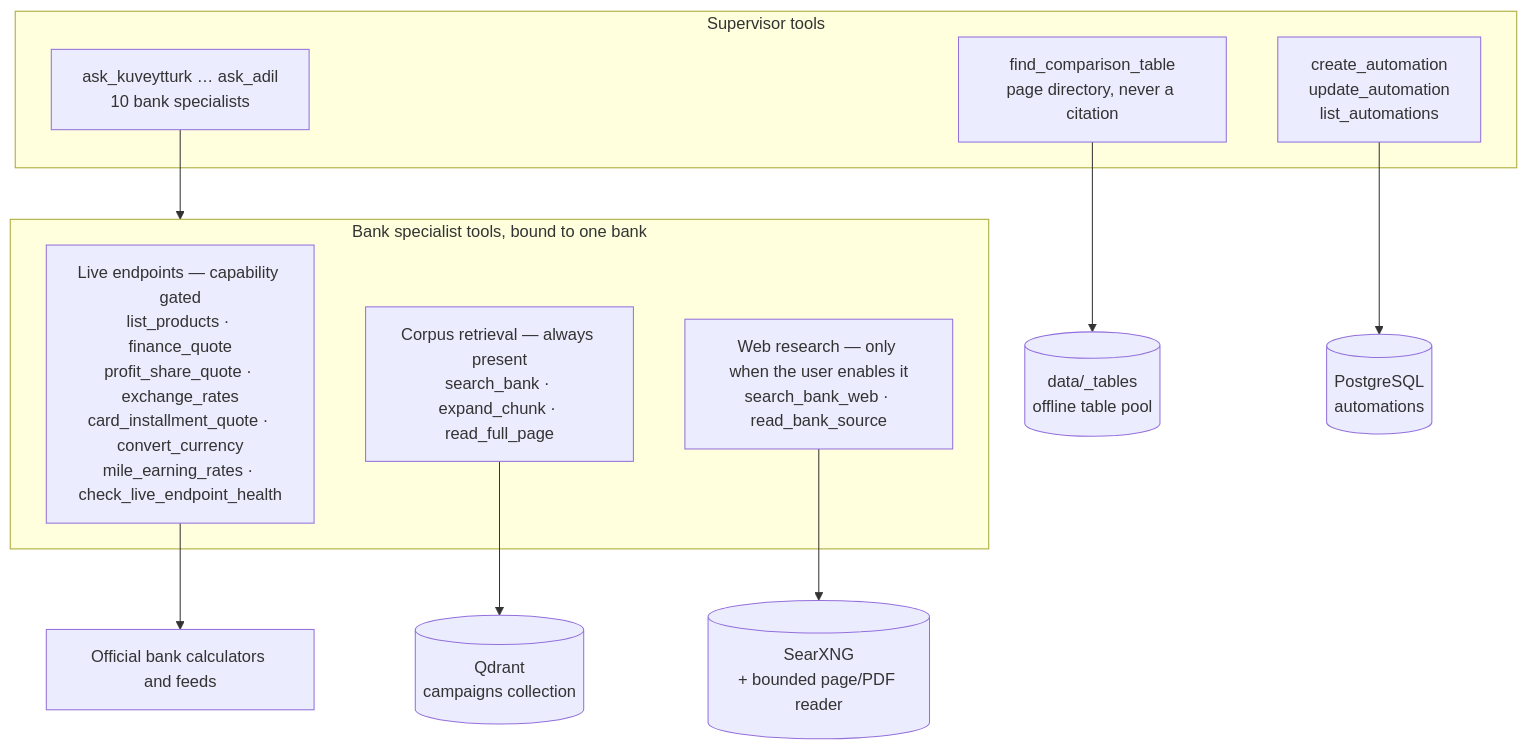
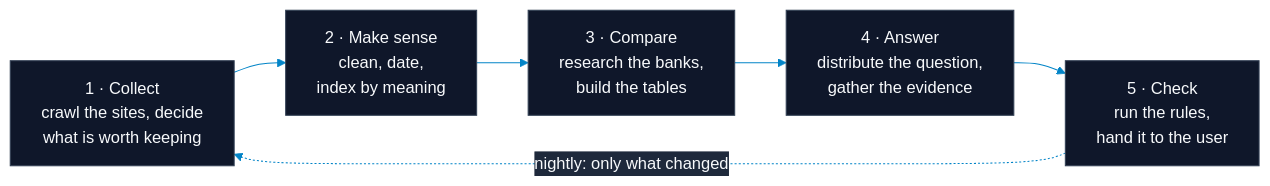
One commit to Abdurrahman-Wahdan/TEKNOFEST2026-Yapay-Zeka-Dil-Ajanlari-Yarismasi-KERMITS changed the eighth of 14 diagrams in README.md. Above: the diagram before and after it, drawn with Mermaid. The commit also changed other lines of this file, not shown here.

````diff
--- a/README.md
+++ b/README.md
@@ -216,20 +598,9 @@
 ```mermaid
-flowchart TB
-    subgraph SupTools[Supervisor tools]
-        A1["ask_kuveytturk … ask_adil<br/>10 bank specialists"]
-        A2["find_comparison_table<br/>page directory, never a citation"]
-        A3["create_automation<br/>update_automation<br/>list_automations"]
-    end
-    subgraph SpecTools[Bank specialist tools, bound to one bank]
-        L["Live endpoints — capability gated<br/>list_products · finance_quote<br/>profit_share_quote · exchange_rates<br/>card_installment_quote · convert_currency<br/>mile_earning_rates · check_live_endpoint_health"]
-        R["Corpus retrieval — always present<br/>search_bank · expand_chunk · read_full_page"]
-        WB["Web research — only when the user enables it<br/>search_bank_web · read_bank_source"]
-    end
-
-    A1 --> SpecTools
-    A2 --> TP[("data/_tables<br/>offline table pool")]
-    A3 --> PG[("PostgreSQL<br/>automations")]
-    L --> BANKAPI["Official bank calculators and feeds"]
-    R --> QD[("Qdrant<br/>campaigns collection")]
-    WB --> SX[("SearXNG<br/>+ bounded page/PDF reader")]
+%%{init: {'theme':'base','themeVariables':{'primaryColor':'#0f172a','primaryTextColor':'#f8fafc','primaryBorderColor':'#334155','lineColor':'#0284c7','secondaryColor':'#1e293b','tertiaryColor':'#0f172a','clusterBkg':'#090d16','clusterBorder':'#1e293b'}}}%%
+flowchart LR
+    A["1 · Collect<br/>crawl the sites, decide<br/>what is worth keeping"] --> B["2 · Make sense<br/>clean, date,<br/>index by meaning"]
+    B --> C["3 · Compare<br/>research the banks,<br/>build the tables"]
+    C --> D["4 · Answer<br/>distribute the question,<br/>gather the evidence"]
+    D --> E["5 · Check<br/>run the rules,<br/>hand it to the user"]
+    E -.->|nightly: only what changed| A
 ```
````
